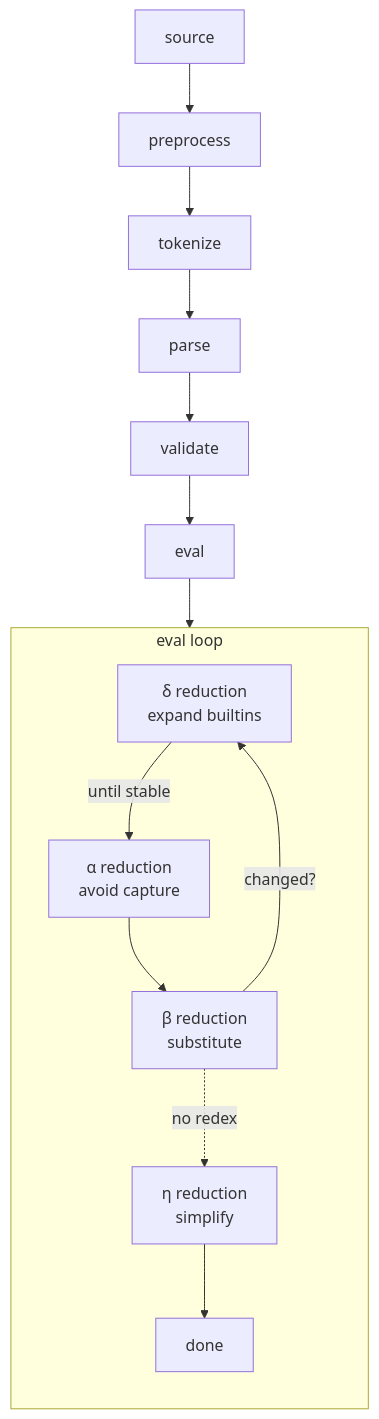
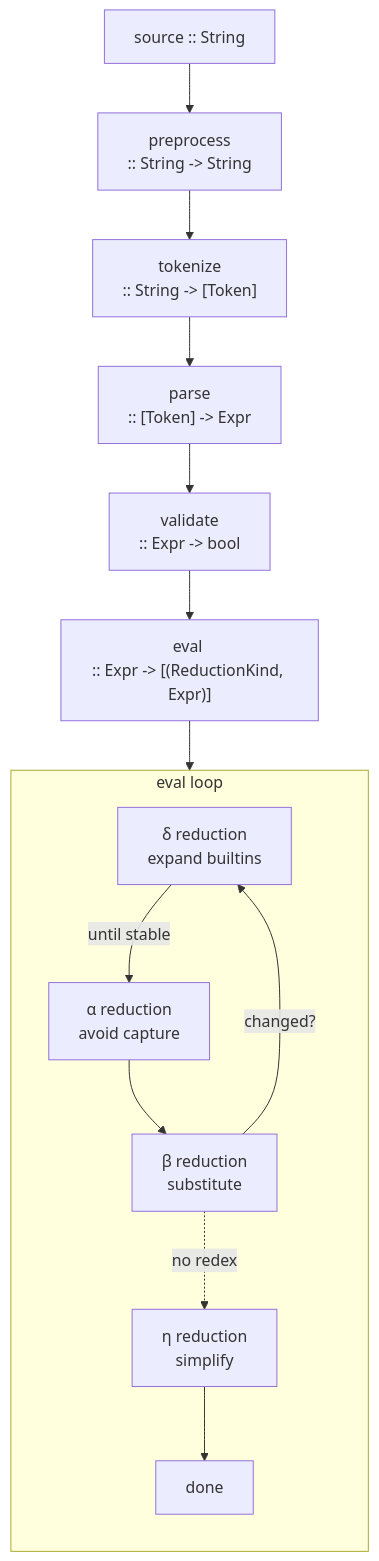
The diagram in presentation.md (menaruben/lambda), drawn with Mermaid before and after one commit. The commit also changed other lines of this file and 1 other file, not shown here.

Commit message:
changed presentation, changed function name to a more appropiate name

````diff
--- a/presentation.md
+++ b/presentation.md
@@ -55,28 +55,28 @@
 ```mermaid +render
 flowchart
-    A[source] --> PRE[preprocess]
-    PRE --> B[tokenize]
-    B --> C[parse]
-    C --> D[validate]
-    D --> E[eval]
+    A["source :: String"] --> PRE["preprocess <br/>:: String -> String"]
+    PRE --> B["tokenize <br/>:: String -> [Token]"]
+    B --> C["parse <br/>:: [Token] -> Expr"]
+    C --> D["validate <br/>:: Expr -> bool"]
+    D --> E["eval <br/>:: Expr -> [(ReductionKind, Expr)]"]
 
     subgraph LOOP["eval loop"]
         direction TB
 
         DONE[done]
 
         DELTA["δ reduction<br/>expand builtins"]
         ALPHA["α reduction<br/>avoid capture"]
         BETA["β reduction<br/>substitute"]
         ETA["η reduction<br/>simplify"]
 
         DELTA -->|until stable| ALPHA
         ALPHA --> BETA
         BETA -.->|no redex| ETA
         BETA -->|changed?| DELTA
 
         ETA --> DONE
     end
 
     E --> DELTA
 ```
````
